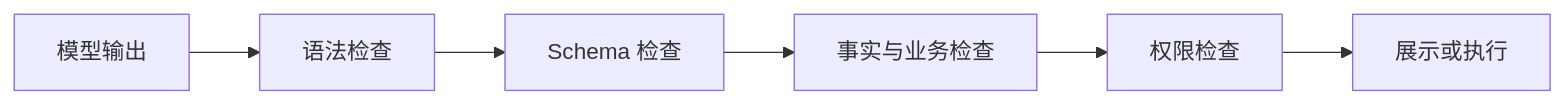
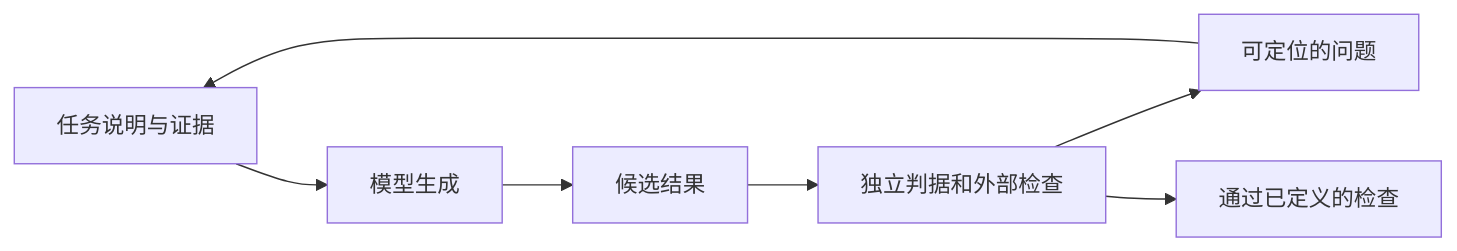
Before and after one commit to Cypher-hey/footprint: the second of 2 diagrams in docs/note/ai/17-prompt-behavior.md, drawn with Mermaid. The commit also changed other lines of this file and 22 other files, not shown here.

Commit message:
docs(ai): unify conceptual explanations, progressive diagrams and cross-topic knowledge ownership

````diff
--- a/docs/note/ai/17-prompt-behavior.md
+++ b/docs/note/ai/17-prompt-behavior.md
@@ -55,8 +67,9 @@
 ```mermaid
 flowchart LR
-    A["模型输出"] --> B["语法检查"]
-    B --> C["Schema 检查"]
-    C --> D["事实与业务检查"]
-    D --> E["权限检查"]
-    E --> F["展示或执行"]
+    P["任务说明与证据"] --> M["模型生成"]
+    M --> O["候选结果"]
+    O --> C["独立判据和外部检查"]
+    C --> F["可定位的问题"]
+    F --> P
+    C --> A["通过已定义的检查"]
 ```
````
